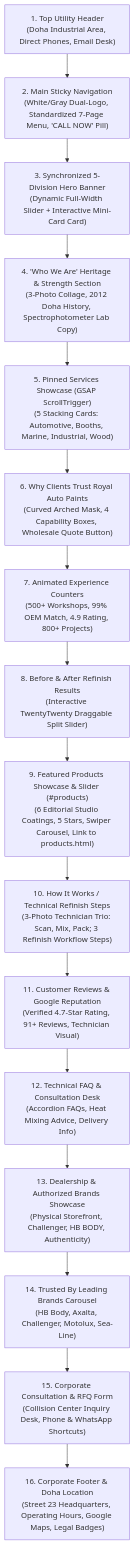
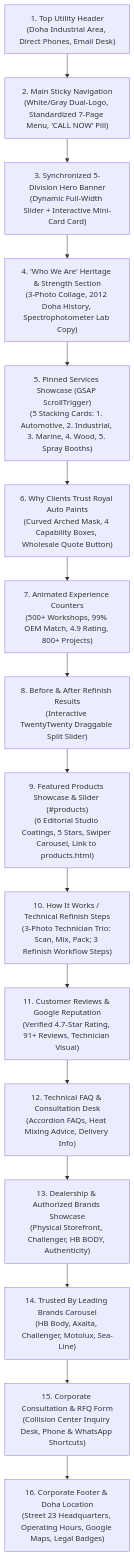
Before and after one commit to manu-gitxen/royalautopaintsre: the second of 2 diagrams in docs/blueprint.md, drawn with Mermaid. The commit also changed other lines of this file and 1 other file, not shown here.

Commit message:
Hero Background Slideshow & Controls: Updated #heroBannerSlideshow slides and .hero-slider-dots to follow the 1–5 sequence. Hero Synchronized Mini-Slider: Updated #miniSliderInner slides (01/05 through 05/05) and #miniDots so mini-card clicks and transitions match the main slider. Hero Lead Copy: Harmonized line ~346 to introduce the divisions in this exact sequence. Section 5 GSAP ScrollTrigger Pinned Cards: Reordered the .gsap-pin-fixed-fullwidth DOM containers so progressive z-index stacking (1 to 5) displays cards 01 through 05 in the new sequence, with "View Details" linking directly to the corresponding #service-row-X on services.html.

````diff
--- a/docs/blueprint.md
+++ b/docs/blueprint.md
@@ -184,37 +184,37 @@
 ```mermaid
 flowchart TD
     S1["1. Top Utility Header
 (Doha Industrial Area, Direct Phones, Email Desk)"]
     S2["2. Main Sticky Navigation
 (White/Gray Dual-Logo, Standardized 7-Page Menu, 'CALL NOW' Pill)"]
     S3["3. Synchronized 5-Division Hero Banner
 (Dynamic Full-Width Slider + Interactive Mini-Card Card)"]
     S4["4. 'Who We Are' Heritage & Strength Section
 (3-Photo Collage, 2012 Doha History, Spectrophotometer Lab Copy)"]
     S5["5. Pinned Services Showcase (GSAP ScrollTrigger)
-(5 Stacking Cards: Automotive, Booths, Marine, Industrial, Wood)"]
+(5 Stacking Cards: 1. Automotive, 2. Industrial, 3. Marine, 4. Wood, 5. Spray Booths)"]
     S6["6. Why Clients Trust Royal Auto Paints
 (Curved Arched Mask, 4 Capability Boxes, Wholesale Quote Button)"]
     S7["7. Animated Experience Counters
 (500+ Workshops, 99% OEM Match, 4.9 Rating, 800+ Projects)"]
     S8["8. Before & After Refinish Results
 (Interactive TwentyTwenty Draggable Split Slider)"]
     S9["9. Featured Products Showcase & Slider (#products)
 (6 Editorial Studio Coatings, 5 Stars, Swiper Carousel, Link to products.html)"]
     S10["10. How It Works / Technical Refinish Steps
 (3-Photo Technician Trio: Scan, Mix, Pack; 3 Refinish Workflow Steps)"]
     S11["11. Customer Reviews & Google Reputation
 (Verified 4.7-Star Rating, 91+ Reviews, Technician Visual)"]
     S12["12. Technical FAQ & Consultation Desk
 (Accordion FAQs, Heat Mixing Advice, Delivery Info)"]
     S13["13. Dealership & Authorized Brands Showcase
 (Physical Storefront, Challenger, HB BODY, Authenticity)"]
     S14["14. Trusted By Leading Brands Carousel
 (HB Body, Axalta, Challenger, Motolux, Sea-Line)"]
     S15["15. Corporate Consultation & RFQ Form
 (Collision Center Inquiry Desk, Phone & WhatsApp Shortcuts)"]
     S16["16. Corporate Footer & Doha Location
 (Street 23 Headquarters, Operating Hours, Google Maps, Legal Badges)"]
 
     S1 --> S2 --> S3 --> S4 --> S5 --> S6 --> S7 --> S8 --> S9 --> S10 --> S11 --> S12 --> S13 --> S14 --> S15 --> S16
 ```
````
